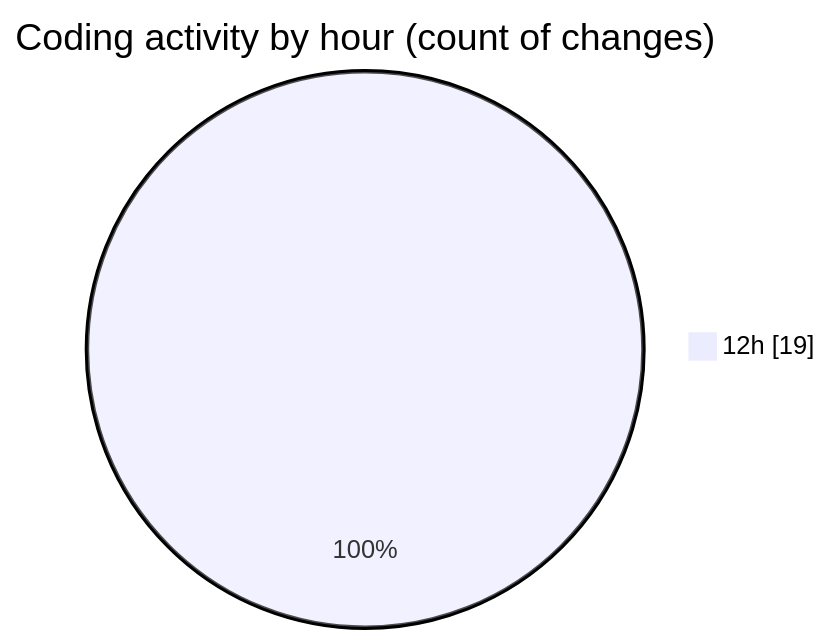
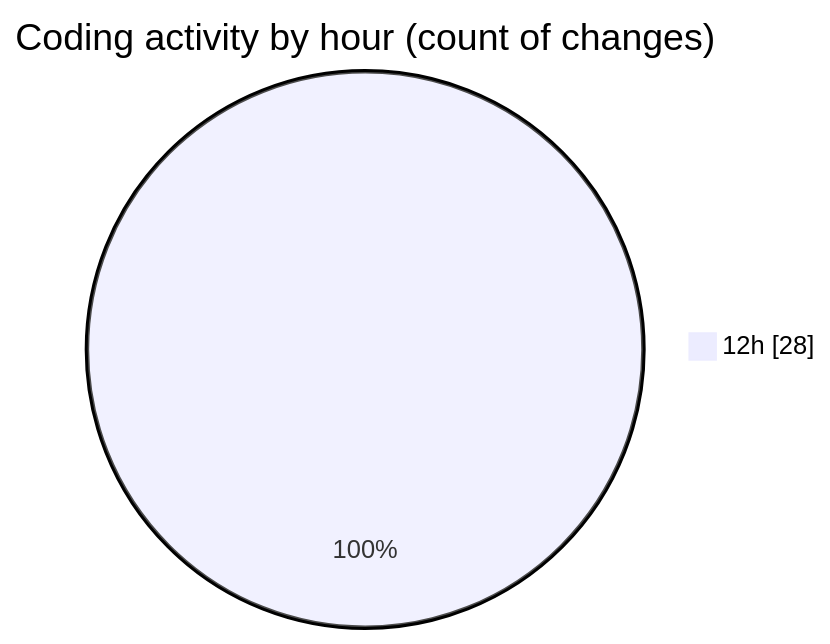
One commit to Ritupan-Deka/code-tracking changed the second of 2 diagrams in 2025-12-28/rust/README.md. Above: the diagram before and after it, drawn with Mermaid. The commit also changed other lines of this file and 1 other file, not shown here.

````diff
--- a/2025-12-28/rust/README.md
+++ b/2025-12-28/rust/README.md
@@ -28,5 +28,5 @@
 ```mermaid
 pie showData
 title Coding activity by hour (count of changes)
-"12h" : 19
+"12h" : 28
 ```
````
